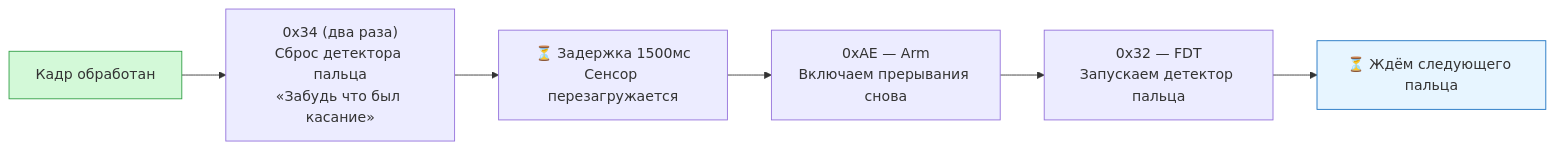
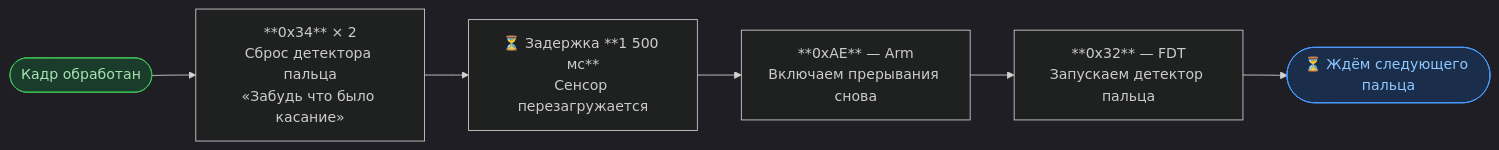
Before and after one commit to mrcook1e-ai/goodix-gm168: the ninth of 13 diagrams in DIAGRAM_RU.md, drawn with Mermaid. The commit also changed other lines of this file, not shown here.

````diff
--- a/DIAGRAM_RU.md
+++ b/DIAGRAM_RU.md
@@ -251,15 +253,15 @@
 ```mermaid
+%%{init: {'theme': 'dark'}}%%
 flowchart LR
-    DONE["Кадр обработан"]
-
-    R1["0x34 (два раза)\nСброс детектора пальца\n«Забудь что был касание»"]
-    R2["⏳ Задержка 1500мс\nСенсор перезагружается"]
-    R3["0xAE — Arm\nВключаем прерывания снова"]
-    R4["0x32 — FDT\nЗапускаем детектор пальца"]
-    R5["⏳ Ждём следующего пальца"]
+    DONE(["Кадр обработан"])
+    R1["**0x34** × 2\nСброс детектора пальца\n«Забудь что было касание»"]
+    R2["⏳ Задержка **1 500 мс**\nСенсор перезагружается"]
+    R3["**0xAE** — Arm\nВключаем прерывания снова"]
+    R4["**0x32** — FDT\nЗапускаем детектор пальца"]
+    R5(["⏳ Ждём следующего пальца"])
 
     DONE --> R1 --> R2 --> R3 --> R4 --> R5
 
-    style DONE fill:#d3f9d8,stroke:#2f9e44
-    style R5 fill:#e7f5ff,stroke:#1971c2
+    style DONE fill:#1a3d2b,stroke:#40c057,color:#a6e3b2
+    style R5 fill:#1a2d4a,stroke:#4a9eff,color:#90c8ff
 ```
````
